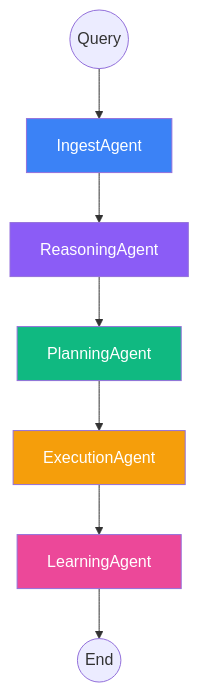
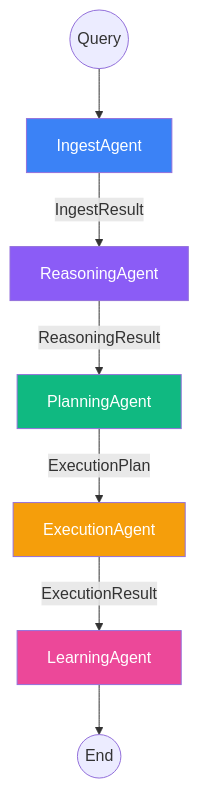
Before and after one commit to phunhph/agentic_ai: the diagram in README.md, drawn with Mermaid. The commit also changed other lines of this file and 16 other files, not shown here.

````diff
--- a/README.md
+++ b/README.md
@@ -10,15 +10,15 @@
 ```mermaid
 graph TD
     Start((Query)) --> Ingest[IngestAgent]
-    Ingest --> Reason[ReasoningAgent]
-    Reason --> Plan[PlanningAgent]
-    Plan --> Execute[ExecutionAgent]
-    Execute --> Learn[LearningAgent]
+    Ingest -- IngestResult --> Reason[ReasoningAgent]
+    Reason -- ReasoningResult --> Plan[PlanningAgent]
+    Plan -- ExecutionPlan --> Execute[ExecutionAgent]
+    Execute -- ExecutionResult --> Learn[LearningAgent]
     Learn --> End((End))
     
     style Ingest fill:#3b82f6,color:#fff
     style Reason fill:#8b5cf6,color:#fff
     style Plan fill:#10b981,color:#fff
     style Execute fill:#f59e0b,color:#fff
     style Learn fill:#ec4899,color:#fff
 ```
````
